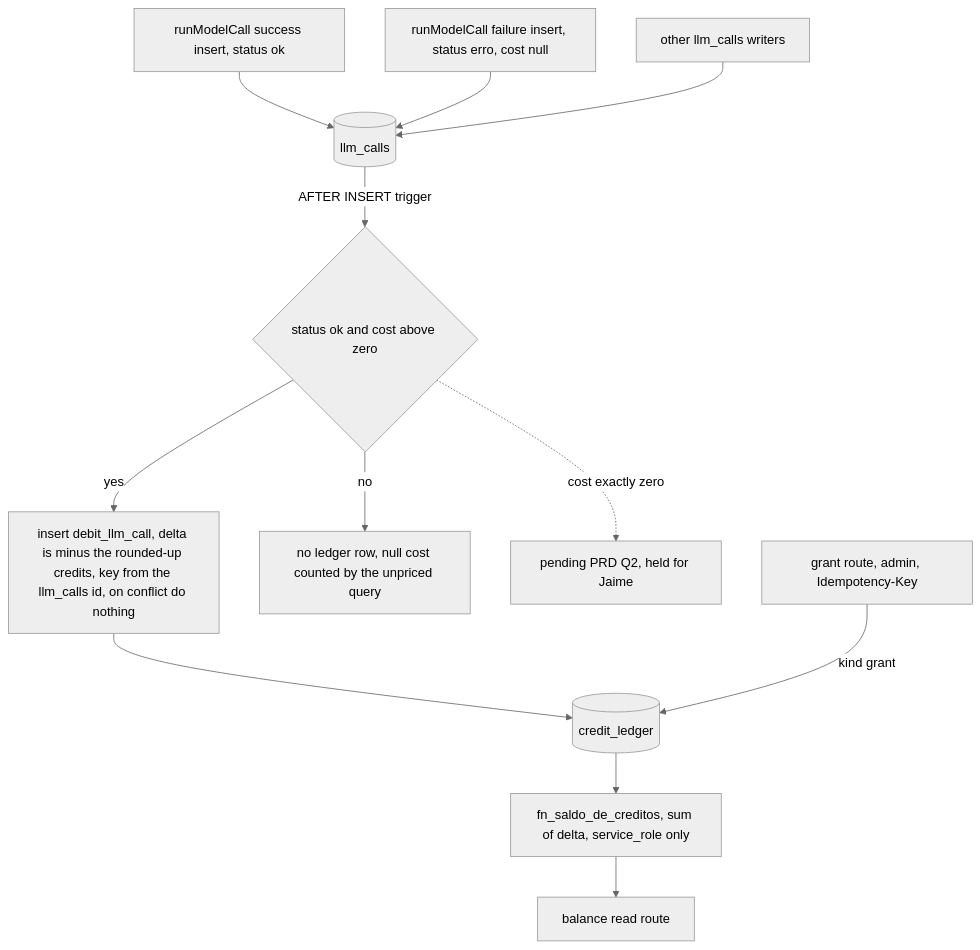
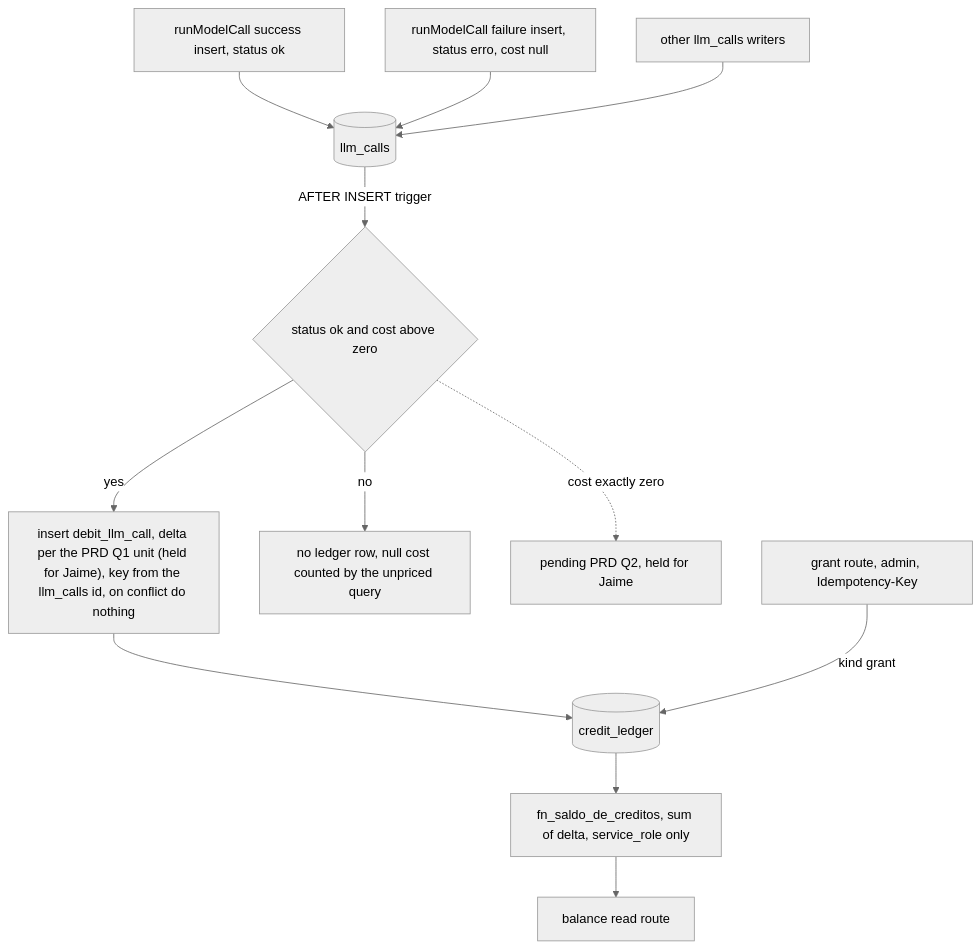
Before and after one commit to hythevc/deskcommcrm: the fourth of 4 diagrams in docs/project/TRD.md, drawn with Mermaid (neutral theme). The commit also changed other lines of this file and 5 other files, not shown here.

First line of the commit message:
docs(project): mark the held credits, backfill, blocking and design-authority points as pending [skip ci]

````diff
--- a/docs/project/TRD.md
+++ b/docs/project/TRD.md
@@ -645,14 +648,14 @@
 ```mermaid
 flowchart TD
   W1["runModelCall success insert, status ok"] --> LC[("llm_calls")]
   W2["runModelCall failure insert, status erro, cost null"] --> LC
   W3["other llm_calls writers"] --> LC
   LC -->|"AFTER INSERT trigger"| T{"status ok and cost above zero"}
-  T -->|"yes"| D["insert debit_llm_call, delta is minus the rounded-up credits, key from the llm_calls id, on conflict do nothing"]
+  T -->|"yes"| D["insert debit_llm_call, delta per the PRD Q1 unit (held for Jaime), key from the llm_calls id, on conflict do nothing"]
   T -->|"no"| N["no ledger row, null cost counted by the unpriced query"]
   T -.->|"cost exactly zero"| Z["pending PRD Q2, held for Jaime"]
   D --> CL[("credit_ledger")]
   G["grant route, admin, Idempotency-Key"] -->|"kind grant"| CL
   CL --> S["fn_saldo_de_creditos, sum of delta, service_role only"]
   S --> API["balance read route"]
 ```
````
